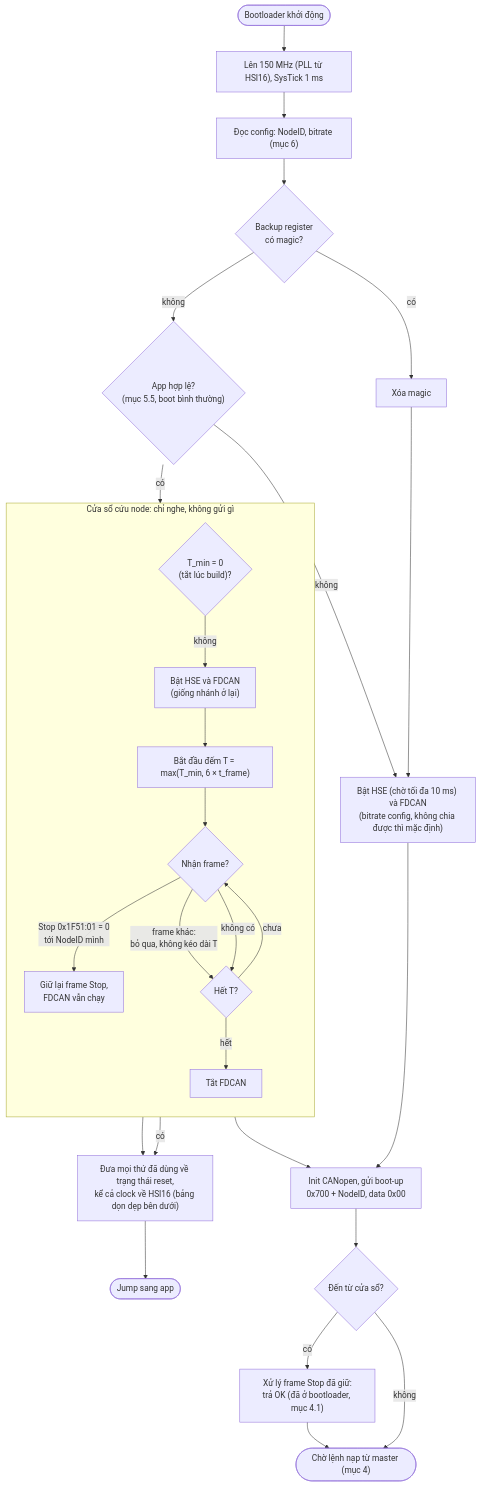
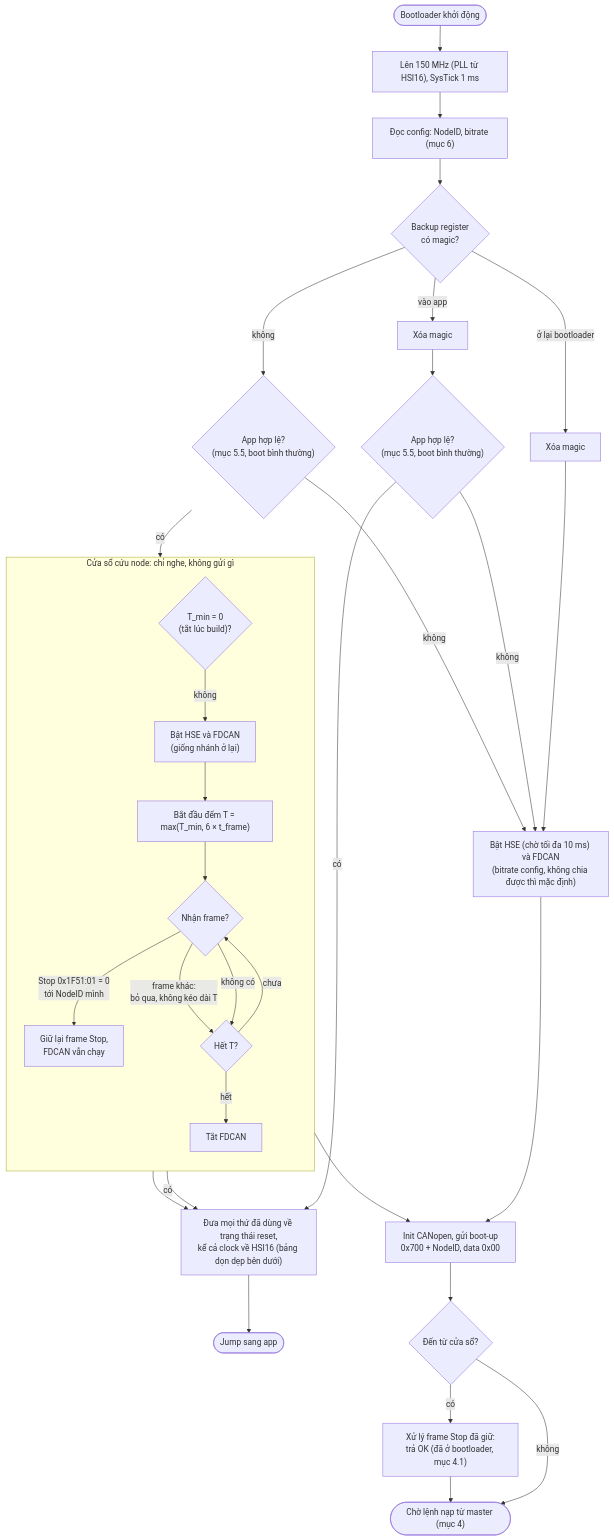
The second of 5 diagrams in docs/design.md (linh97abc/stm32_canopen_bootloader), drawn with Mermaid before and after one commit. The commit also changed other lines of this file and 5 other files, not shown here.

Commit message:
Thêm magic START_APP: sau Start vào thẳng app, bỏ qua cửa sổ cứu node

````diff
--- a/docs/design.md
+++ b/docs/design.md
@@ -82,34 +90,38 @@
 ```mermaid
 flowchart TD
     RST([Bootloader khởi động]) --> CLK["Lên 150 MHz (PLL từ HSI16), SysTick 1 ms"]
     CLK --> CFG["Đọc config: NodeID, bitrate (mục 6)"]
     CFG --> MAGIC{"Backup register<br/>có magic?"}
-    MAGIC -- có --> CLR["Xóa magic"]
+    MAGIC -- "ở lại bootloader" --> CLR["Xóa magic"]
     CLR --> CAN
+    MAGIC -- "vào app" --> CLRG["Xóa magic"]
+    CLRG --> CHKG{"App hợp lệ?<br/>(mục 5.5, boot bình thường)"}
+    CHKG -- không --> CAN
+    CHKG -- có --> CLEAN
     MAGIC -- không --> CHK{"App hợp lệ?<br/>(mục 5.5, boot bình thường)"}
     CHK -- không --> CAN
     CHK -- có --> OFF{"T_min = 0<br/>(tắt lúc build)?"}
 
     subgraph WINDOW["Cửa sổ cứu node: chỉ nghe, không gửi gì"]
         direction TB
         OFF -- không --> CANW["Bật HSE và FDCAN<br/>(giống nhánh ở lại)"]
         CANW --> T0["Bắt đầu đếm T = max(T_min, 6 × t_frame)"]
         T0 --> RX{"Nhận frame?"}
         RX -- "Stop 0x1F51:01 = 0<br/>tới NodeID mình" --> CAUGHT["Giữ lại frame Stop,<br/>FDCAN vẫn chạy"]
         RX -- "frame khác:<br/>bỏ qua, không kéo dài T" --> TMO{"Hết T?"}
         RX -- không có --> TMO
         TMO -- chưa --> RX
         TMO -- hết --> DEINIT["Tắt FDCAN"]
     end
 
     OFF -- có --> CLEAN
     DEINIT --> CLEAN["Đưa mọi thứ đã dùng về trạng thái reset,<br/>kể cả clock về HSI16 (bảng dọn dẹp bên dưới)"]
     CLEAN --> JMP([Jump sang app])
 
     CAN["Bật HSE (chờ tối đa 10 ms) và FDCAN<br/>(bitrate config, không chia được thì mặc định)"] --> CO
     CAUGHT --> CO["Init CANopen, gửi boot-up<br/>0x700 + NodeID, data 0x00"]
     CO --> REPLY{"Đến từ cửa sổ?"}
     REPLY -- có --> OK["Xử lý frame Stop đã giữ:<br/>trả OK (đã ở bootloader, mục 4.1)"]
     REPLY -- không --> WAIT
     OK --> WAIT(["Chờ lệnh nạp từ master (mục 4)"])
 ```
````
